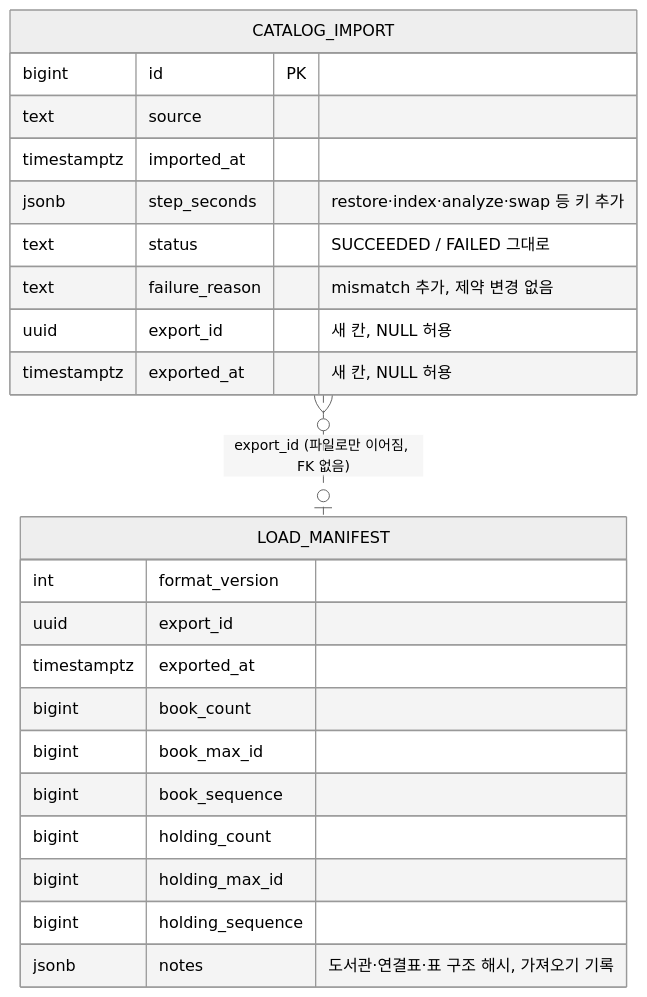
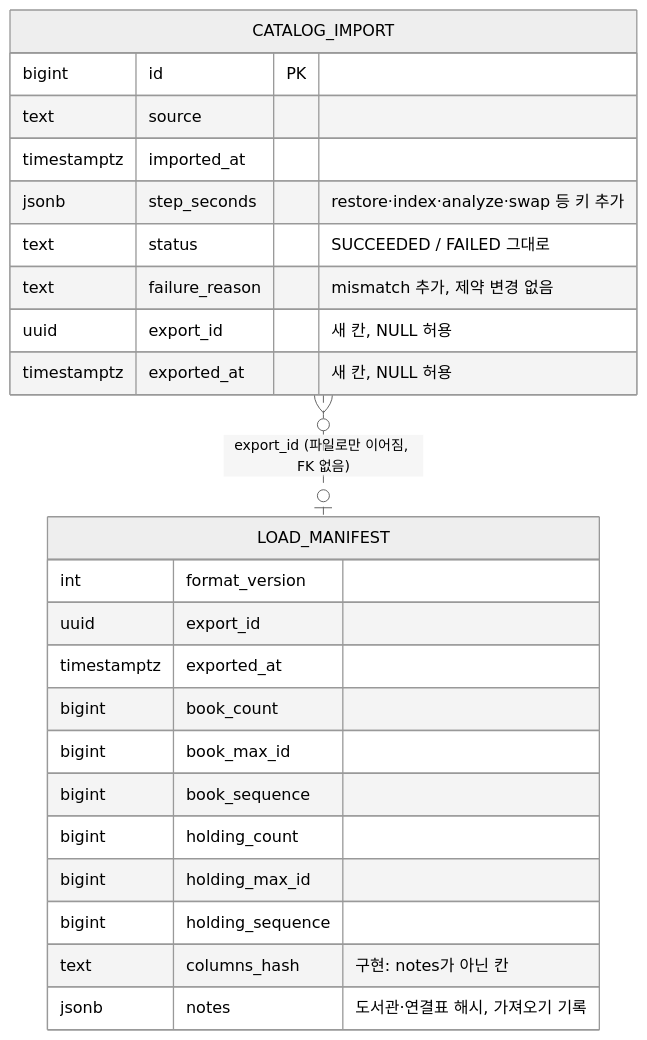
Before and after one commit to hodu-sketch/chaekcheck-plan: the third of 7 diagrams in docs/current/data-model.md, drawn with Mermaid (neutral theme). The commit also changed other lines of this file and 9 other files, not shown here.

````diff
--- a/docs/current/data-model.md
+++ b/docs/current/data-model.md
@@ -294,26 +296,27 @@
 ```mermaid
 erDiagram
   CATALOG_IMPORT {
     bigint id PK
     text source
     timestamptz imported_at
     jsonb step_seconds "restore·index·analyze·swap 등 키 추가"
     text status "SUCCEEDED / FAILED 그대로"
     text failure_reason "mismatch 추가, 제약 변경 없음"
     uuid export_id "새 칸, NULL 허용"
     timestamptz exported_at "새 칸, NULL 허용"
   }
   LOAD_MANIFEST {
     int format_version
     uuid export_id
     timestamptz exported_at
     bigint book_count
     bigint book_max_id
     bigint book_sequence
     bigint holding_count
     bigint holding_max_id
     bigint holding_sequence
-    jsonb notes "도서관·연결표·표 구조 해시, 가져오기 기록"
+    text columns_hash "구현: notes가 아닌 칸"
+    jsonb notes "도서관·연결표 해시, 가져오기 기록"
   }
   CATALOG_IMPORT }o..o| LOAD_MANIFEST : "export_id (파일로만 이어짐, FK 없음)"
 ```
````
